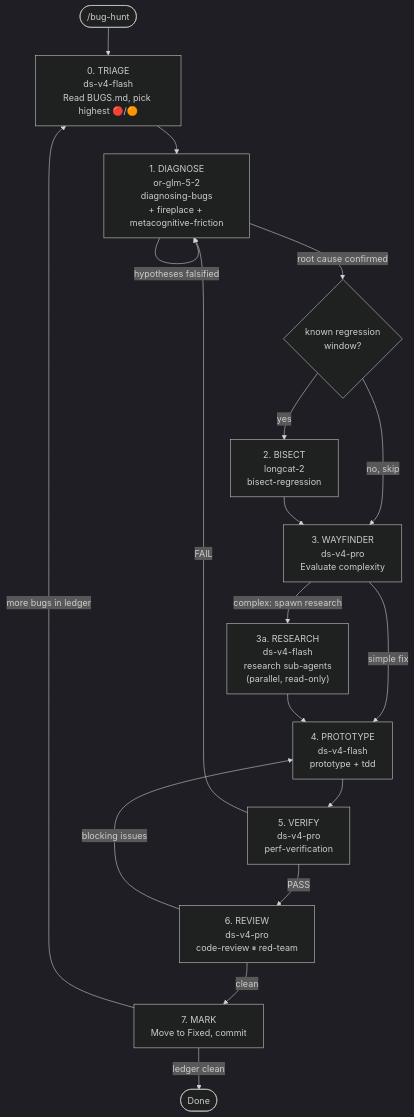
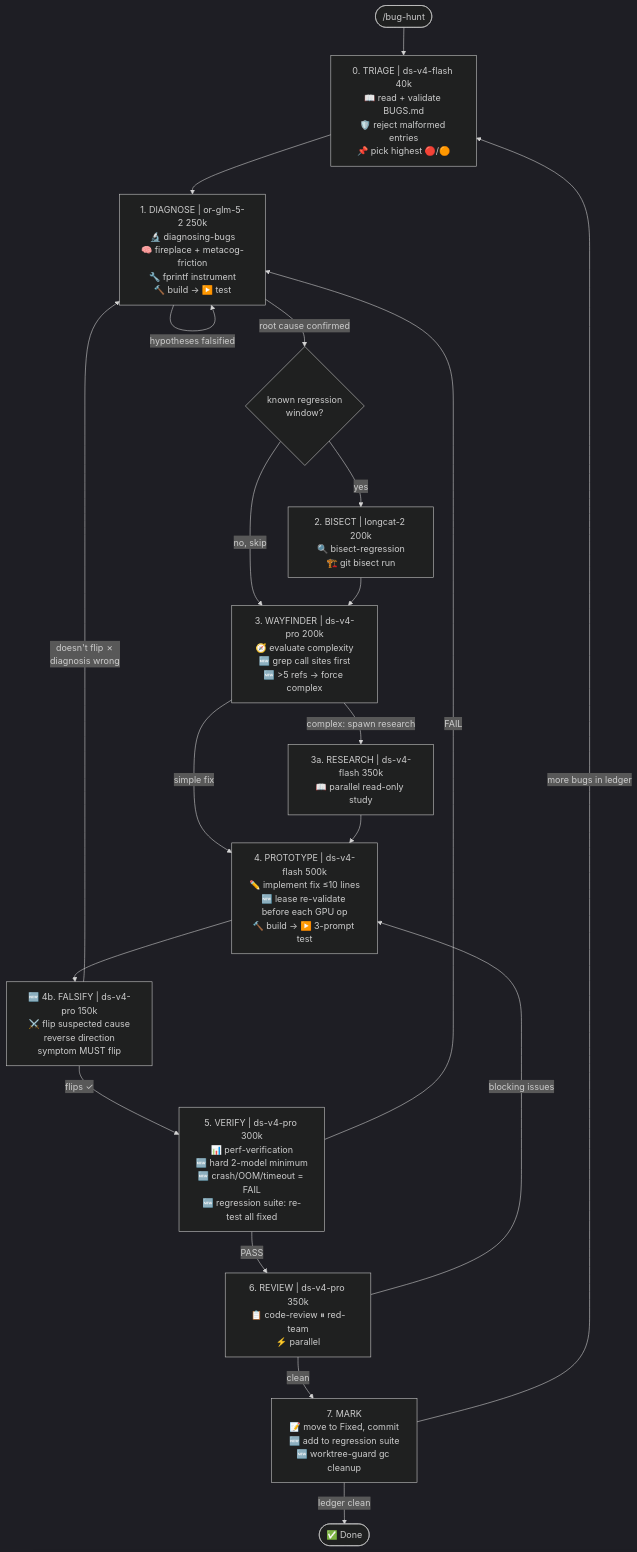
Before and after one commit to NighmareGit/skunkworks-toolbox: the diagram in skills/bug-hunt/SKILL.md, drawn with Mermaid (dark theme). The commit also changed other lines of this file, not shown here.

First line of the commit message:
bug-hunt: apply all 5 red-team hardening fixes

````diff
--- a/skills/bug-hunt/SKILL.md
+++ b/skills/bug-hunt/SKILL.md
@@ -13,40 +13,44 @@
 ```mermaid
 flowchart TD
     START(["/bug-hunt"]) --> TRIAGE
 
-    TRIAGE["0. TRIAGE<br/>ds-v4-flash<br/>Read BUGS.md, pick highest 🔴/🟠"]
+    TRIAGE["0. TRIAGE | ds-v4-flash 40k<br/>📖 read + validate BUGS.md<br/>🛡️ reject malformed entries<br/>📌 pick highest 🔴/🟠"]
 
     TRIAGE --> DIAGNOSE
 
-    DIAGNOSE["1. DIAGNOSE<br/>or-glm-5-2<br/>diagnosing-bugs<br/>+ fireplace + metacognitive-friction"]
+    DIAGNOSE["1. DIAGNOSE | or-glm-5-2 250k<br/>🔬 diagnosing-bugs<br/>🧠 fireplace + metacog-friction<br/>🔧 fprintf instrument<br/>🔨 build → ▶️ test"]
     DIAGNOSE --> |"hypotheses falsified"| DIAGNOSE
     DIAGNOSE --> |"root cause confirmed"| BISECT_CHECK{known regression<br/>window?}
 
     BISECT_CHECK --> |yes| BISECT
     BISECT_CHECK --> |no, skip| WAYFINDER
 
-    BISECT["2. BISECT<br/>longcat-2<br/>bisect-regression"] --> WAYFINDER
+    BISECT["2. BISECT | longcat-2 200k<br/>🔍 bisect-regression<br/>🏗️ git bisect run"] --> WAYFINDER
 
-    WAYFINDER["3. WAYFINDER<br/>ds-v4-pro<br/>Evaluate complexity"]
+    WAYFINDER["3. WAYFINDER | ds-v4-pro 200k<br/>🧭 evaluate complexity<br/>🆕 grep call sites first<br/>🆕 >5 refs → force complex"]
     WAYFINDER --> |"complex: spawn research"| RESEARCH
     WAYFINDER --> |"simple fix"| PROTOTYPE
 
-    RESEARCH["3a. RESEARCH<br/>ds-v4-flash<br/>research sub-agents<br/>(parallel, read-only)"] --> PROTOTYPE
+    RESEARCH["3a. RESEARCH | ds-v4-flash 350k<br/>📖 parallel read-only study"] --> PROTOTYPE
 
-    PROTOTYPE["4. PROTOTYPE<br/>ds-v4-flash<br/>prototype + tdd"]
-    PROTOTYPE --> VERIFY
+    PROTOTYPE["4. PROTOTYPE | ds-v4-flash 500k<br/>✏️ implement fix ≤10 lines<br/>🆕 lease re-validate before each GPU op<br/>🔨 build → ▶️ 3-prompt test"]
+    PROTOTYPE --> FALSIFY
 
-    VERIFY["5. VERIFY<br/>ds-v4-pro<br/>perf-verification"]
+    FALSIFY["🆕 4b. FALSIFY | ds-v4-pro 150k<br/>⚔️ flip suspected cause<br/>reverse direction<br/>symptom MUST flip"]
+    FALSIFY --> |"flips ✓"| VERIFY
+    FALSIFY --> |"doesn't flip ✗<br/>diagnosis wrong"| DIAGNOSE
+
+    VERIFY["5. VERIFY | ds-v4-pro 300k<br/>📊 perf-verification<br/>🆕 hard 2-model minimum<br/>🆕 crash/OOM/timeout = FAIL<br/>🆕 regression suite: re-test all fixed"]
     VERIFY --> |"FAIL"| DIAGNOSE
     VERIFY --> |"PASS"| REVIEW
 
-    REVIEW["6. REVIEW<br/>ds-v4-pro<br/>code-review ⏸ red-team"]
+    REVIEW["6. REVIEW | ds-v4-pro 350k<br/>📋 code-review ⏸ red-team<br/>⚡ parallel"]
     REVIEW --> |"blocking issues"| PROTOTYPE
     REVIEW --> |"clean"| MARK
 
-    MARK["7. MARK<br/>Move to Fixed, commit"]
+    MARK["7. MARK<br/>📝 move to Fixed, commit<br/>🆕 add to regression suite<br/>🆕 worktree-guard gc cleanup"]
     MARK --> |"more bugs in ledger"| TRIAGE
-    MARK --> |"ledger clean"| DONE([Done])
+    MARK --> |"ledger clean"| DONE([✅ Done])
 
     DONE
 ```
````
